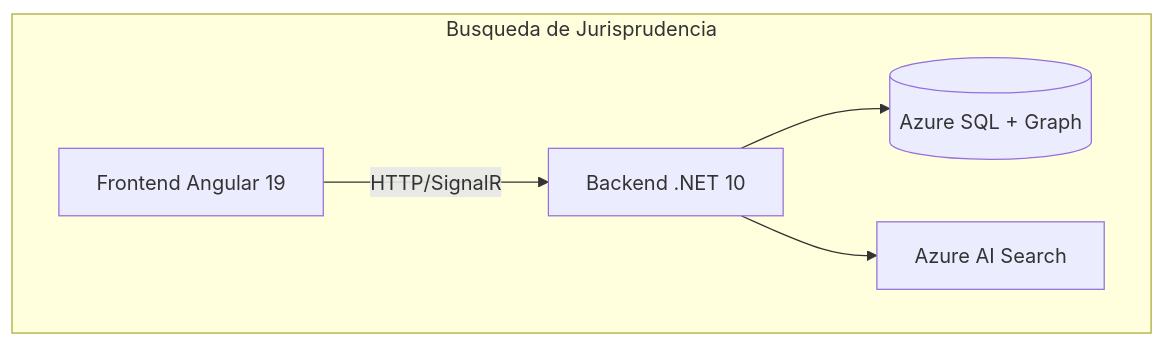
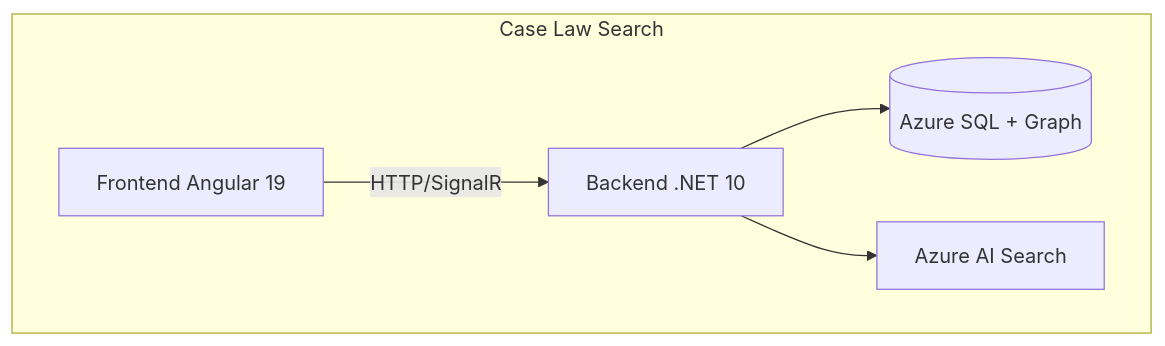
One commit to pablonux/legal-ai-ar changed the diagram in docs/roadmap/F04 - Case Law Search/F04 - W01 - Comprehensive Documentation.md. Above: the diagram before and after it, drawn with Mermaid. The commit also changed other lines of this file and 173 other files, not shown here.

````diff
--- a/docs/roadmap/F04 - Case Law Search/F04 - W01 - Comprehensive Documentation.md
+++ b/docs/roadmap/F04 - Case Law Search/F04 - W01 - Comprehensive Documentation.md
@@ -18,12 +18,12 @@
 ```mermaid
 graph TB
-    subgraph "Busqueda de Jurisprudencia"
+    subgraph "Case Law Search"
         FE[Frontend Angular 19]
         BE[Backend .NET 10]
         DB[(Azure SQL + Graph)]
         AIS[Azure AI Search]
     end
     FE -->|HTTP/SignalR| BE
     BE --> DB
     BE --> AIS
 ```
````
